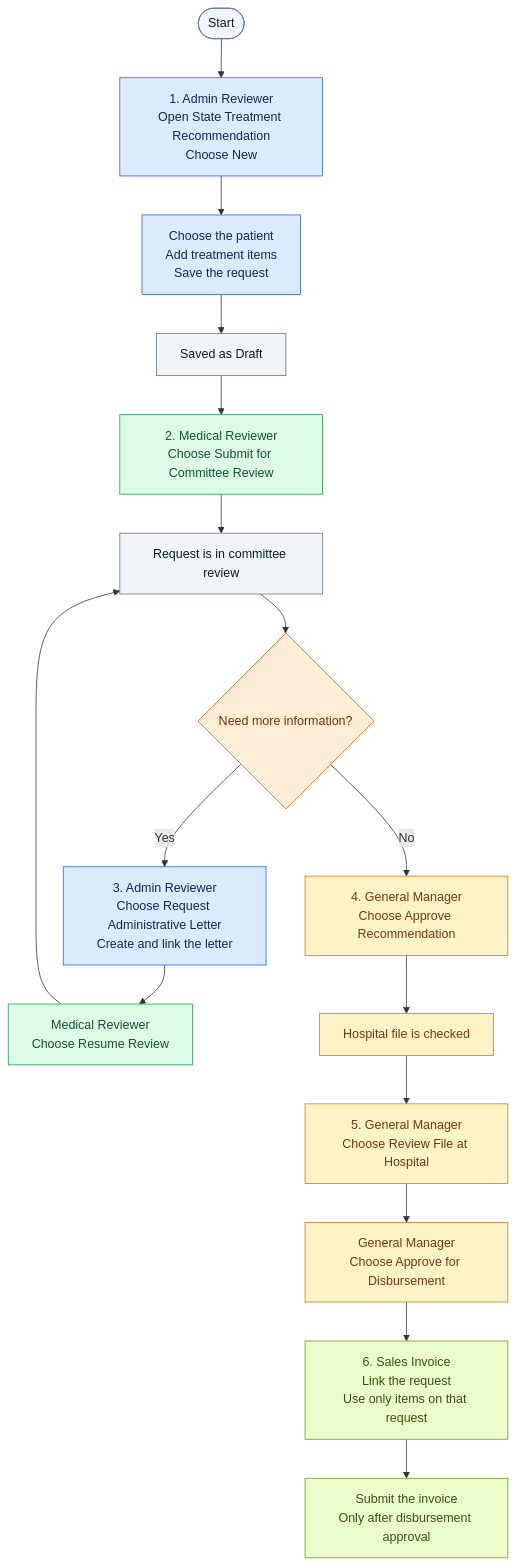
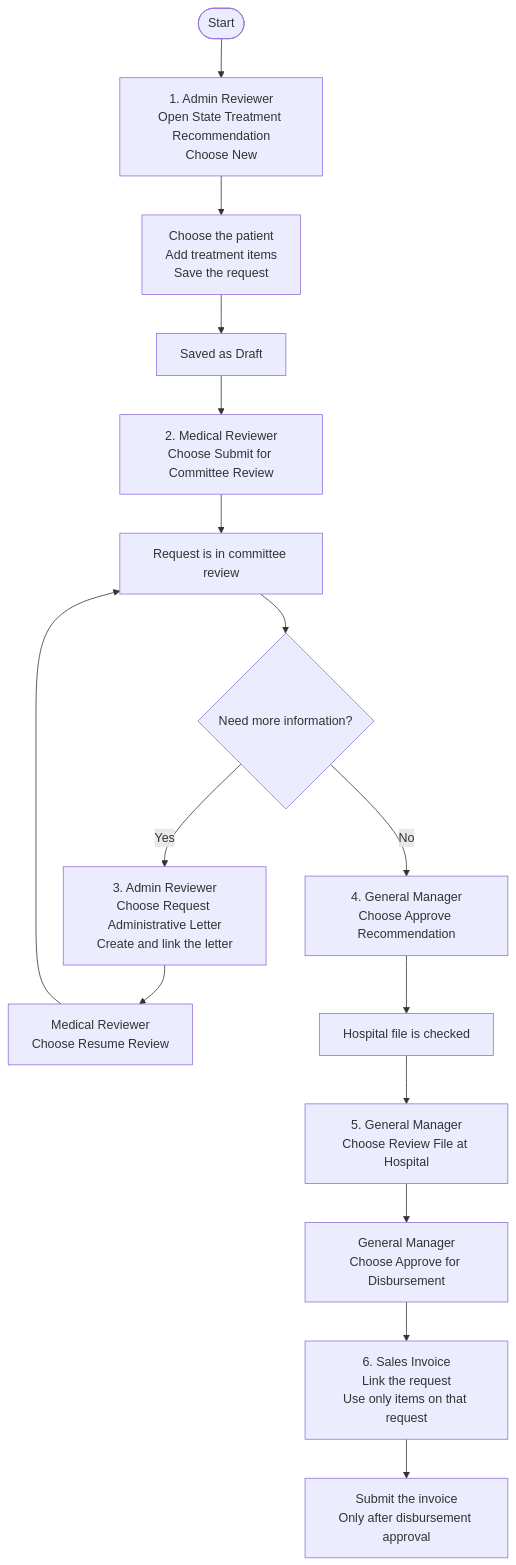
One commit to Steeif/state_treatment changed the diagram in README.md. Above: the diagram before and after it, drawn with Mermaid. The commit also changed other lines of this file and 6 other files, not shown here.

````diff
--- a/README.md
+++ b/README.md
@@ -21,31 +22,18 @@
 ```mermaid
 flowchart TD
     A([Start]) --> B["1. Admin Reviewer<br/>Open State Treatment Recommendation<br/>Choose New"]
     B --> C["Choose the patient<br/>Add treatment items<br/>Save the request"]
     C --> D["Saved as Draft"]
     D --> E["2. Medical Reviewer<br/>Choose Submit for Committee Review"]
     E --> F["Request is in committee review"]
     F --> Q{"Need more information?"}
     Q -->|Yes| G["3. Admin Reviewer<br/>Choose Request Administrative Letter<br/>Create and link the letter"]
     G --> H["Medical Reviewer<br/>Choose Resume Review"]
     H --> F
     Q -->|No| I["4. General Manager<br/>Choose Approve Recommendation"]
     I --> J["Hospital file is checked"]
     J --> K["5. General Manager<br/>Choose Review File at Hospital"]
     K --> L["General Manager<br/>Choose Approve for Disbursement"]
     L --> M["6. Sales Invoice<br/>Link the request<br/>Use only items on that request"]
     M --> N["Submit the invoice<br/>Only after disbursement approval"]
-    classDef start fill:#f1f5f9,stroke:#64748b,color:#0f172a
-    classDef admin fill:#dbeafe,stroke:#2563eb,color:#172554
-    classDef medical fill:#dcfce7,stroke:#16a34a,color:#14532d
-    classDef manager fill:#fef3c7,stroke:#d97706,color:#78350f
-    classDef question fill:#ffedd5,stroke:#ea580c,color:#7c2d12
-    classDef invoice fill:#ecfccb,stroke:#65a30d,color:#365314
-    class A start
-    class B,C,G admin
-    class E,H medical
-    class I,J,K,L manager
-    class F,D start
-    class Q question
-    class M,N invoice
 ```
````
